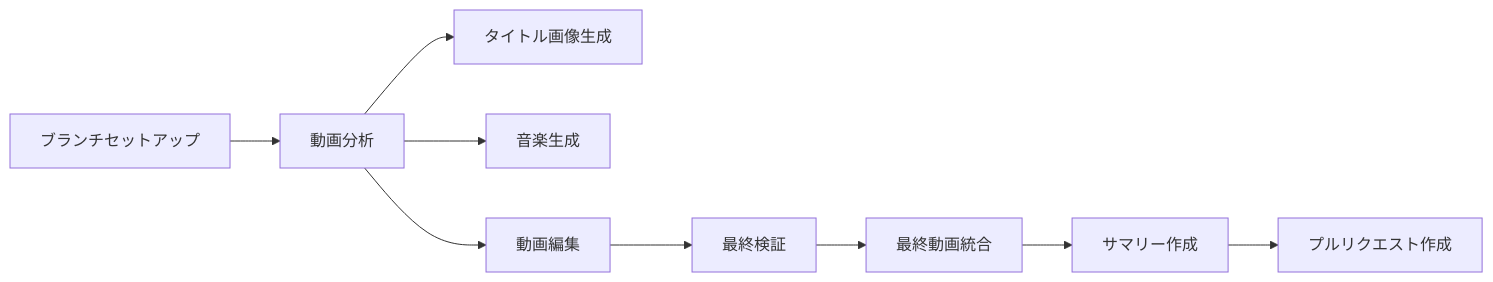
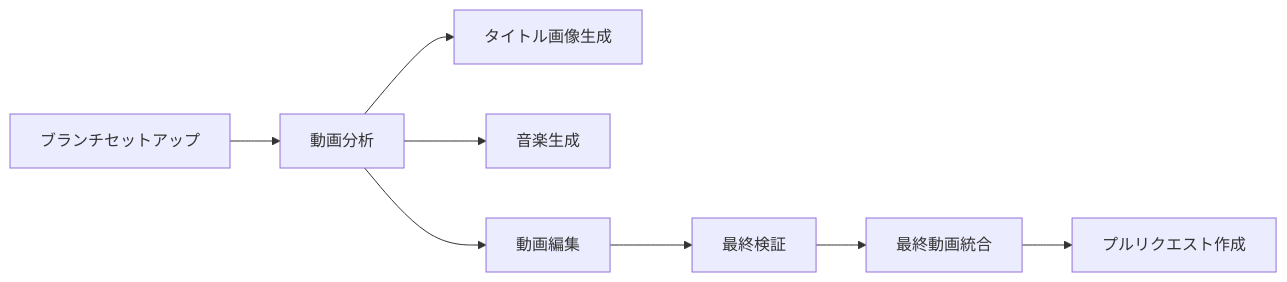
One commit to kousunh/kamuicode-workflow-video-description changed the diagram in README.md. Above: the diagram before and after it, drawn with Mermaid. The commit also changed 3 other files, not shown here.

````diff
--- a/README.md
+++ b/README.md
@@ -23,11 +23,10 @@
 ```mermaid
 graph LR
     A[ブランチセットアップ] --> B[動画分析]
     B --> C[タイトル画像生成]
     B --> D[音楽生成]
     B --> E[動画編集]
     E --> F[最終検証]
     F --> G[最終動画統合]
-    G --> H[サマリー作成]
-    H --> I[プルリクエスト作成]
+    G --> H[プルリクエスト作成]
 ```
````
